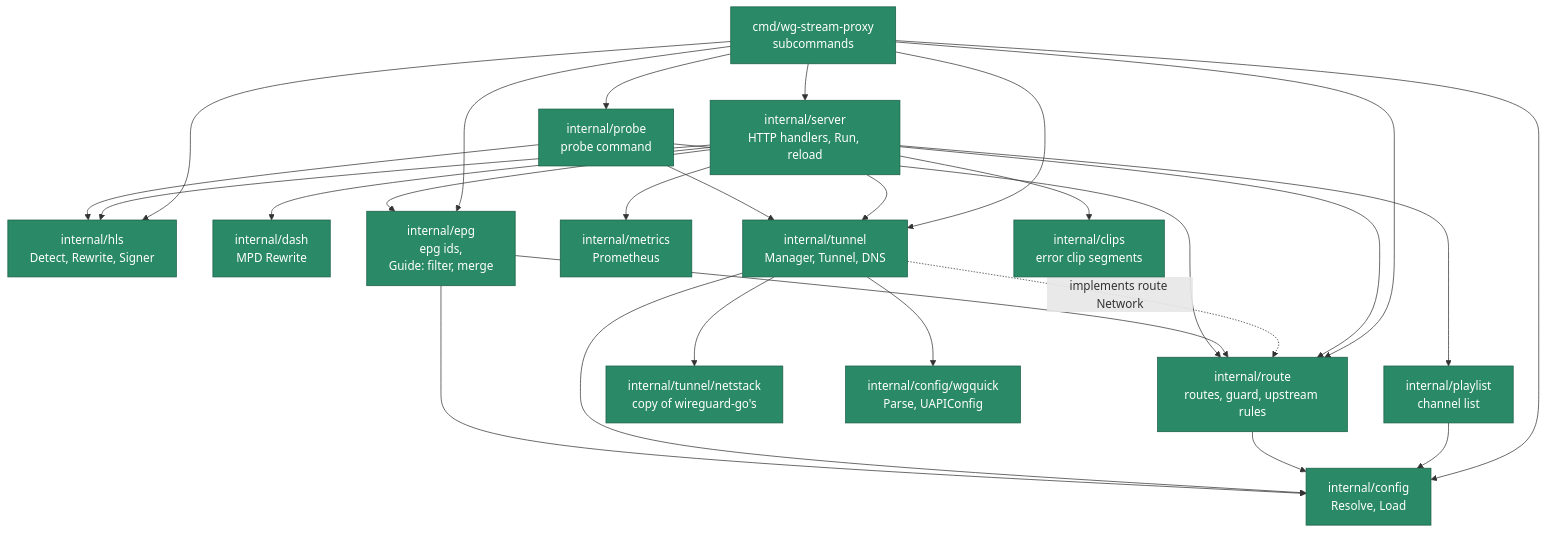
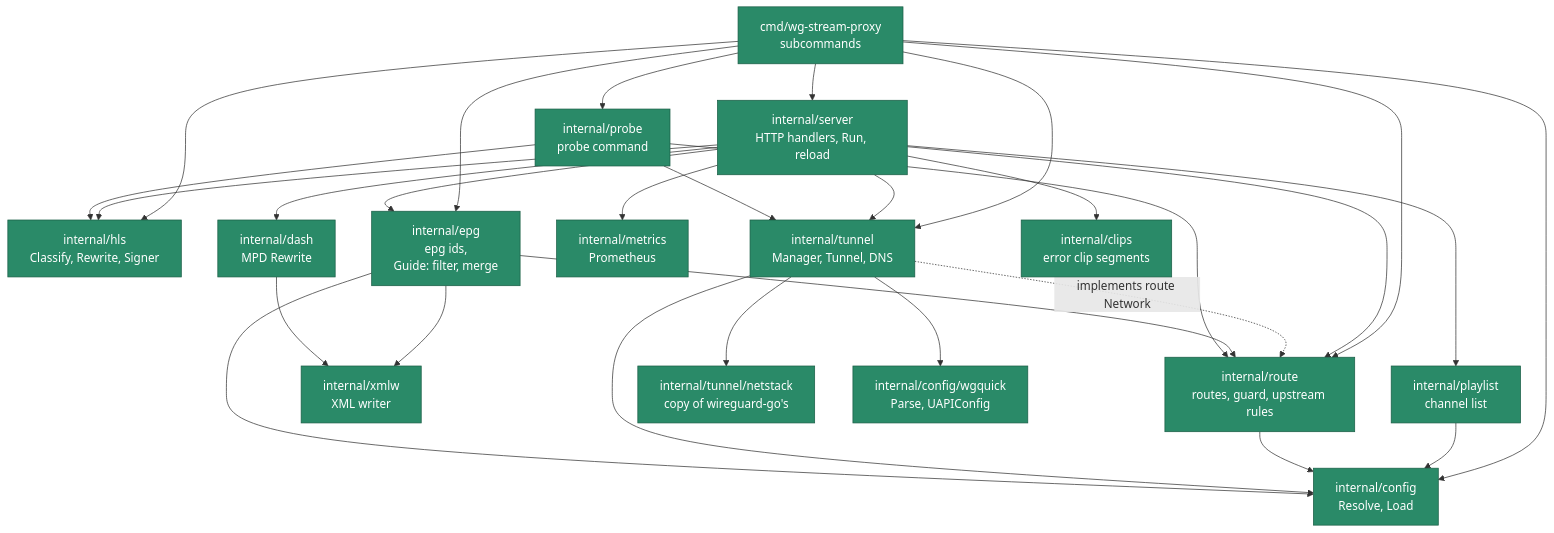
One commit to KingOfKalk/wg-stream-proxy changed diagram 15 of 18 in docs/architecture.md. Above: the diagram before and after it, drawn with Mermaid. The commit also changed other lines of this file and 18 other files, not shown here.

First line of the commit message:
refactor: share the XML writer and the format classification

````diff
--- a/docs/architecture.md
+++ b/docs/architecture.md
@@ -883,28 +883,30 @@
 ```mermaid
 flowchart TD
     main["cmd/wg-stream-proxy<br/>subcommands"]:::done
     server["internal/server<br/>HTTP handlers, Run, reload"]:::done
     playlist["internal/playlist<br/>channel list"]:::done
-    hls["internal/hls<br/>Detect, Rewrite, Signer"]:::done
+    hls["internal/hls<br/>Classify, Rewrite, Signer"]:::done
     dash["internal/dash<br/>MPD Rewrite"]:::done
+    xmlw["internal/xmlw<br/>XML writer"]:::done
     route["internal/route<br/>routes, guard, upstream rules"]:::done
     tunnel["internal/tunnel<br/>Manager, Tunnel, DNS"]:::done
     netstack["internal/tunnel/netstack<br/>copy of wireguard-go's"]:::done
     config["internal/config<br/>Resolve, Load"]:::done
     wgquick["internal/config/wgquick<br/>Parse, UAPIConfig"]:::done
     metrics["internal/metrics<br/>Prometheus"]:::done
     epg["internal/epg<br/>epg ids,<br/>Guide: filter, merge"]:::done
     clips["internal/clips<br/>error clip segments"]:::done
     probe["internal/probe<br/>probe command"]:::done
 
     main --> server & config & epg & probe & route & tunnel & hls
     server --> playlist & hls & dash & route & tunnel & metrics & clips & epg
     playlist --> config
     route --> config
     tunnel -. "implements route Network" .-> route
     tunnel --> config & wgquick & netstack
-    epg --> config & route
+    epg --> config & route & xmlw
+    dash --> xmlw
     probe --> hls & route & tunnel
 
     classDef done fill:#2a8a68,stroke:#1a5e46,color:#ffffff
 ```
````
